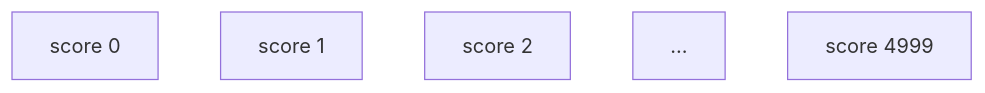
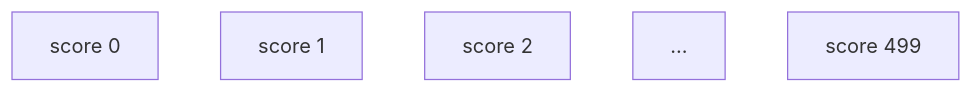
One commit to scchang2023/linkou_community changed the diagram in 02_Python進階語法介紹.md. Above: the diagram before and after it, drawn with Mermaid.

````diff
--- a/02_Python進階語法介紹.md
+++ b/02_Python進階語法介紹.md
@@ -19,8 +19,8 @@
 ```mermaid
 graph TD
     A[score 0]
     B[score 1]
     C[score 2]
     D[...]
-    E[score 4999]
+    E[score 499]
 ```
````
